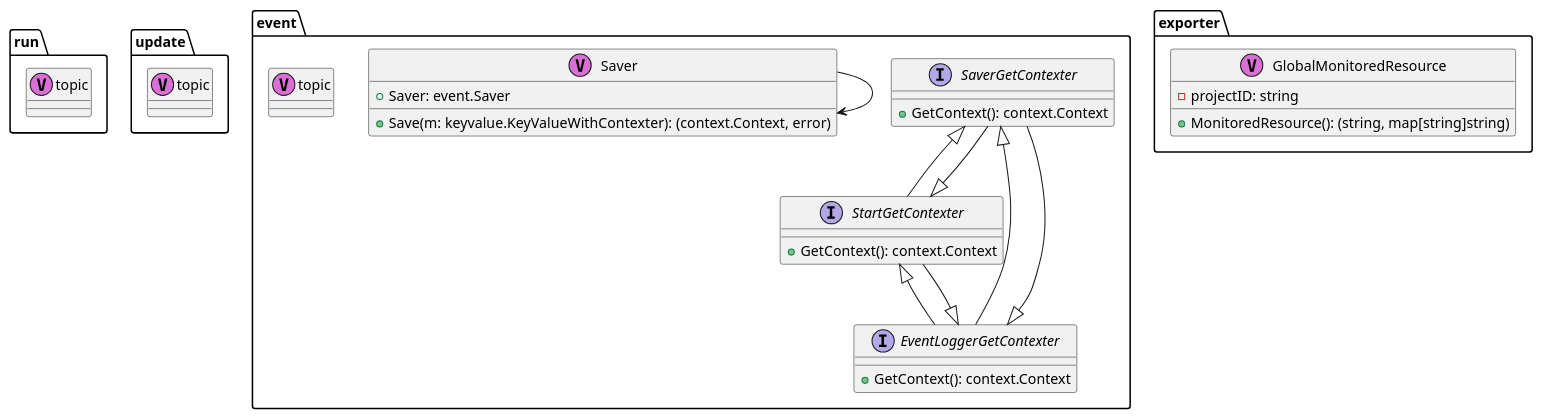
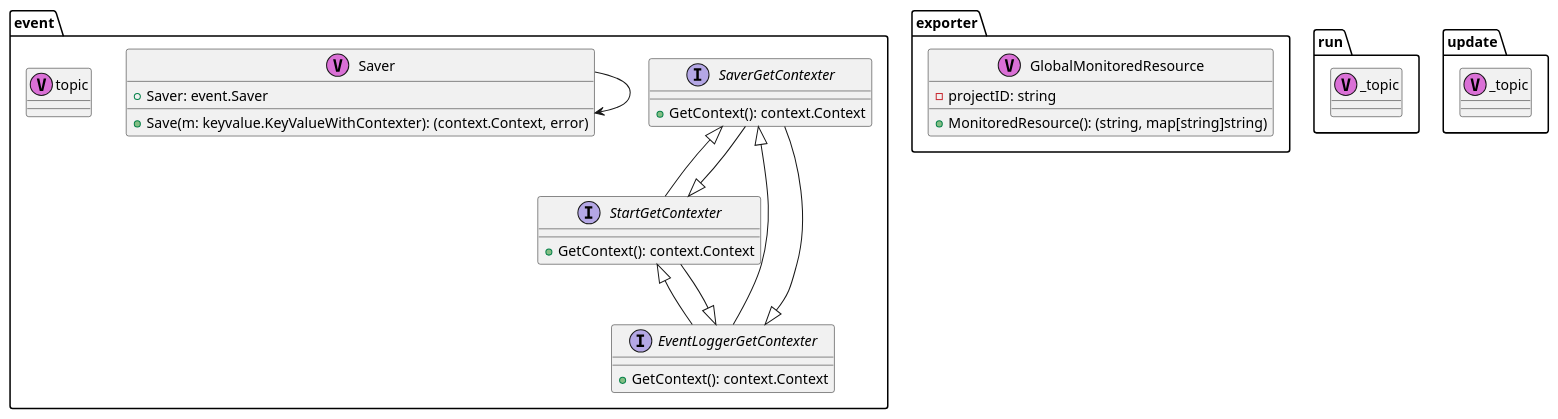
The diagram in application/application.puml (michilu/boilerplate), drawn with PlantUML before and after one commit. The commit also changed 2 other files, not shown here.

```diff
--- a/application/application.puml
+++ b/application/application.puml
@@ -1,72 +1,72 @@
 @startuml
-
-package "run" {
-	class "topic" as run.topic <<V,Orchid>>
-}
-
-
-
-package "update" {
-	class "topic" as update.topic <<V,Orchid>>
-}
-
-
 
 package "event" {
 	interface "EventLoggerGetContexter" as event.EventLoggerGetContexter {
 		+GetContext(): context.Context
 	}
 }
 
 
 
 package "event" {
 	class "Saver" as event.Saver <<V,Orchid>> {
 		+Saver: event.Saver
 		+Save(m: keyvalue.KeyValueWithContexter): (context.Context, error)
 	}
 }
 
 	event.Saver --> event.Saver
 
 
 package "event" {
 	interface "SaverGetContexter" as event.SaverGetContexter {
 		+GetContext(): context.Context
 	}
 }
 
 
 
 package "event" {
 	interface "StartGetContexter" as event.StartGetContexter {
 		+GetContext(): context.Context
 	}
 }
 
 
 
 package "event" {
 	class "topic" as event.topic <<V,Orchid>>
 }
 
 
 
 package "exporter" {
 	class "GlobalMonitoredResource" as exporter.GlobalMonitoredResource <<V,Orchid>> {
 		-projectID: string
 		+MonitoredResource(): (string, map[string]string)
 	}
 }
 
 
 
+package "run" {
+	class "_topic" as run._topic <<V,Orchid>>
+}
+
+
+
+package "update" {
+	class "_topic" as update._topic <<V,Orchid>>
+}
+
+
+
 	event.EventLoggerGetContexter -up-|> event.SaverGetContexter
 	event.EventLoggerGetContexter -up-|> event.StartGetContexter
 	event.SaverGetContexter -up-|> event.EventLoggerGetContexter
 	event.SaverGetContexter -up-|> event.StartGetContexter
 	event.StartGetContexter -up-|> event.EventLoggerGetContexter
 	event.StartGetContexter -up-|> event.SaverGetContexter
 
 
 @enduml
```
